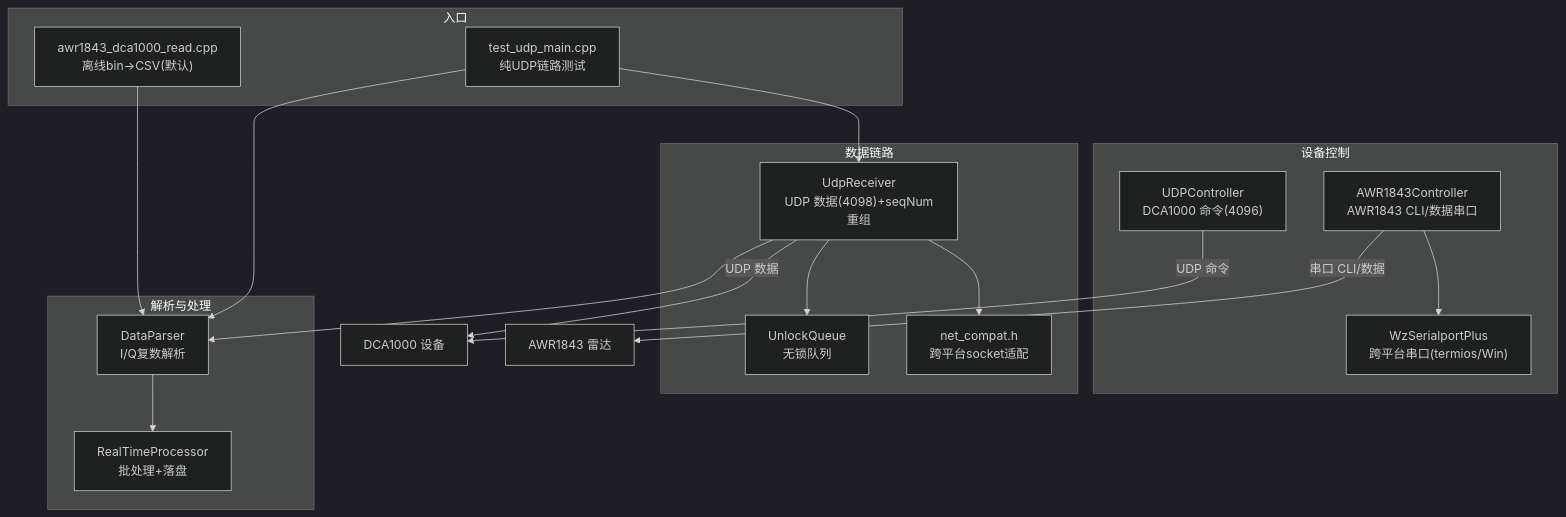
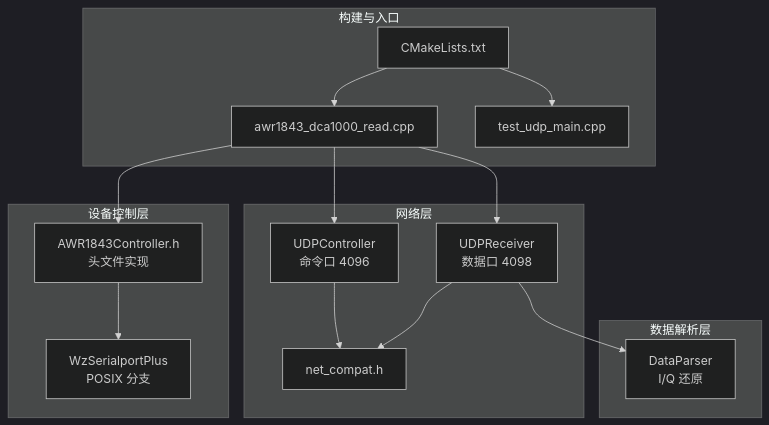
One commit to Lukad77/awr1843-radar-toolkit changed the first of 6 diagrams in .qoder/repowiki/zh/content/项目概述与整体架构.md. Above: the diagram before and after it, drawn with Mermaid (dark theme). The commit also changed other lines of this file and 106 other files, not shown here.

````diff
--- a/.qoder/repowiki/zh/content/项目概述与整体架构.md
+++ b/.qoder/repowiki/zh/content/项目概述与整体架构.md
@@ -48,32 +44,29 @@
 ```mermaid
 graph TB
-subgraph "设备控制"
-UC["UDPController<br/>DCA1000 命令(4096)"]
-ARC["AWR1843Controller<br/>AWR1843 CLI/数据串口"]
-WSP["WzSerialportPlus<br/>跨平台串口(termios/Win)"]
+subgraph "构建与入口"
+CMake["CMakeLists.txt"]
+Main["awr1843_dca1000_read.cpp"]
+TestUdp["test_udp_main.cpp"]
 end
-subgraph "数据链路"
-UR["UdpReceiver<br/>UDP 数据(4098)+seqNum重组"]
-UQ["UnlockQueue<br/>无锁队列"]
-NC["net_compat.h<br/>跨平台socket适配"]
+subgraph "网络层"
+NetCompat["net_compat.h"]
+UdpCtrl["UDPController<br/>命令口 4096"]
+UdpRecv["UDPReceiver<br/>数据口 4098"]
 end
-subgraph "解析与处理"
-DP["DataParser<br/>I/Q复数解析"]
-RTP["RealTimeProcessor<br/>批处理+落盘"]
+subgraph "设备控制层"
+SerialPort["WzSerialportPlus<br/>POSIX 分支"]
+RadarCtrl["AWR1843Controller.h<br/>头文件实现"]
 end
-subgraph "入口"
-MAIN["awr1843_dca1000_read.cpp<br/>离线bin→CSV(默认)"]
-TUDP["test_udp_main.cpp<br/>纯UDP链路测试"]
+subgraph "数据解析层"
+Parser["DataParser<br/>I/Q 还原"]
 end
-UC --> |"UDP 命令"| DCA["DCA1000 设备"]
-UR --> |"UDP 数据"| DCA
-ARC --> |"串口 CLI/数据"| RADAR["AWR1843 雷达"]
-ARC --> WSP
-UR --> UQ
-UR --> NC
-UR --> DP
-DP --> RTP
-MAIN --> DP
-TUDP --> UR
-TUDP --> DP
+CMake --> Main
+CMake --> TestUdp
+Main --> UdpCtrl
+Main --> UdpRecv
+Main --> RadarCtrl
+UdpCtrl --> NetCompat
+UdpRecv --> NetCompat
+RadarCtrl --> SerialPort
+UdpRecv --> Parser
 ```
````
